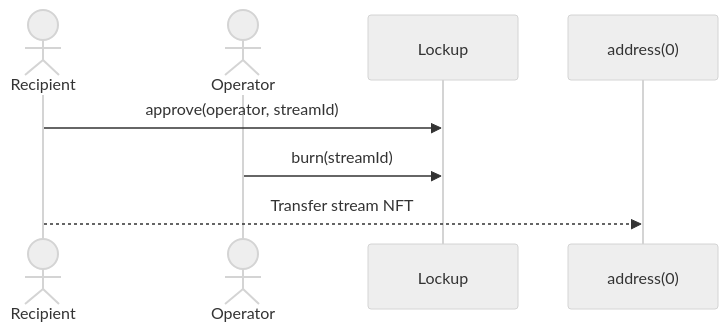
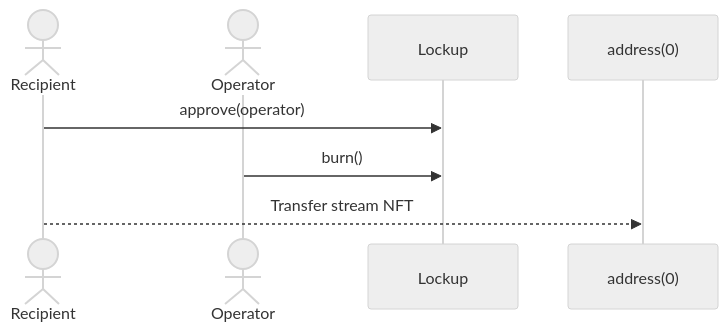
Before and after one commit to sablier-labs/docs: the second of 11 diagrams in docs/reference/lockup/04-access-control.md, drawn with Mermaid (neutral theme). The commit also changed other lines of this file and 3 other files, not shown here.

Commit message:
removes streamId from sequence diagrams categorizes diagrams in Flow access control simplifies diagrams in Lockup access control defines ongoing debt in Flow overview fixes definition of snapshot debt in Flow overview adds abbreviations in Flow diagrams

````diff
--- a/docs/reference/lockup/04-access-control.md
+++ b/docs/reference/lockup/04-access-control.md
@@ -49,9 +49,9 @@
 ```mermaid
 sequenceDiagram
   actor Recipient
   actor Operator
 
-  Recipient ->> Lockup: approve(operator, streamId)
-  Operator ->> Lockup: burn(streamId)
+  Recipient ->> Lockup: approve(operator)
+  Operator ->> Lockup: burn()
   Recipient -->> address(0): Transfer stream NFT
 ```
````
